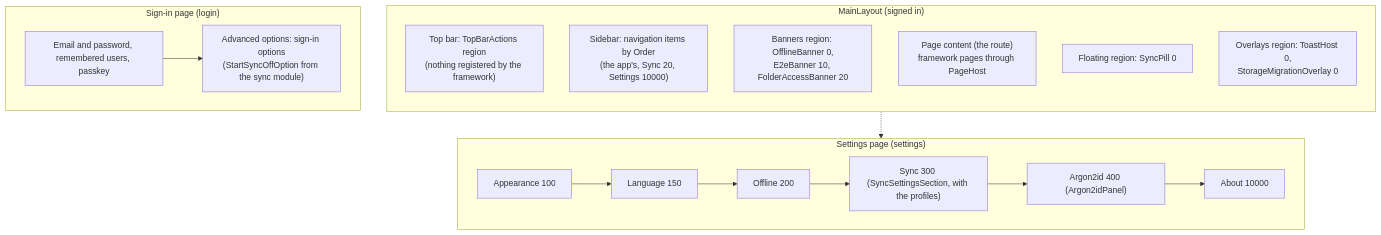
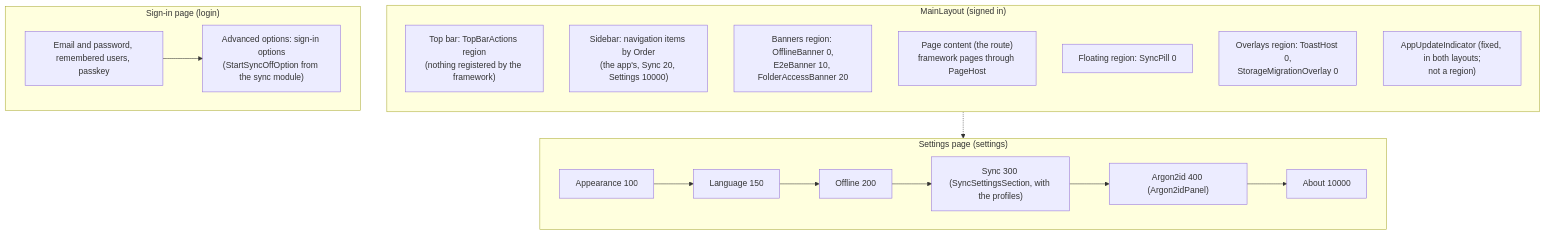
One commit to devoctomy/blazwiz changed the first of 4 diagrams in docs/diagrams/extension-points.md. Above: the diagram before and after it, drawn with Mermaid. The commit also changed 135 other files, not shown here.

````diff
--- a/docs/diagrams/extension-points.md
+++ b/docs/diagrams/extension-points.md
@@ -23,30 +23,31 @@
 ```mermaid
 flowchart TB
     subgraph Main["MainLayout (signed in)"]
         direction TB
         Top["Top bar: TopBarActions region<br/>(nothing registered by the framework)"]
         Side["Sidebar: navigation items by Order<br/>(the app's, Sync 20, Settings 10000)"]
         Banners["Banners region: OfflineBanner 0,<br/>E2eBanner 10, FolderAccessBanner 20"]
         Body["Page content (the route)<br/>framework pages through PageHost"]
         Floating["Floating region: SyncPill 0"]
         Overlays["Overlays region: ToastHost 0,<br/>StorageMigrationOverlay 0"]
+        Update["AppUpdateIndicator (fixed, in both layouts;<br/>not a region)"]
     end
 
     subgraph SettingsPage["Settings page (settings)"]
         S1["Appearance 100"]
         S2["Language 150"]
         S3["Offline 200"]
         S4["Sync 300 (SyncSettingsSection, with the profiles)"]
         S5["Argon2id 400 (Argon2idPanel)"]
         S6["About 10000"]
         S1 --> S2 --> S3 --> S4 --> S5 --> S6
     end
 
     subgraph LoginPage["Sign-in page (login)"]
         L1["Email and password, remembered users, passkey"]
         L2["Advanced options: sign-in options<br/>(StartSyncOffOption from the sync module)"]
         L1 --> L2
     end
 
     Body -.-> SettingsPage
 ```
````
